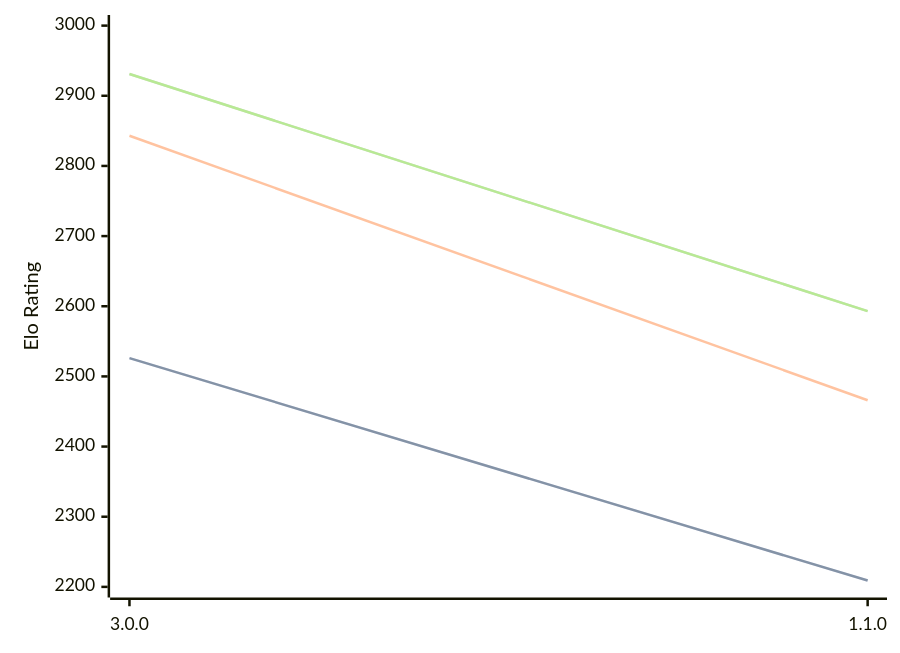
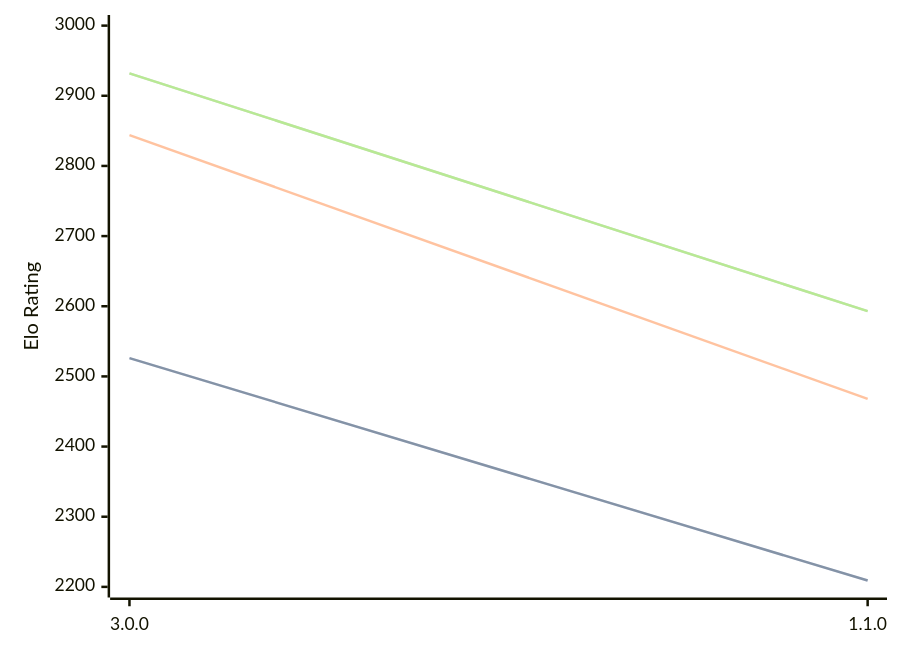
Before and after one commit to computer-chess-index/cci: the first of 3 diagrams in engines/Potential.md, drawn with Mermaid. The commit also changed other lines of this file, not shown here.

Commit message:
Update CCI Ratings (ELO VLTC) - 2026-07-17

````diff
--- a/engines/Potential.md
+++ b/engines/Potential.md
@@ -34,11 +34,11 @@
 ```mermaid
 %%{init: {"theme":"base","themeVariables":{"seriesColors:['#a3a3a3','#222221','#faa371']}}}%%
 xychart-beta
   x-axis ["3.0.0", "1.1.0"]
   y-axis "Elo Rating" 2200 --> 3000
   line "STC (8.0+0.08s)" [2526, 2209]
   line "STC (8.0+0.08s)" [2526, 2209]
-  line "LTC (60.0+0.60s)" [2843, 2466]
-  line "VLTC (2m24s+1.12s)" [2931, 2593]
-  line "VLTC (2m24s+1.12s)" [2931, 2593]
+  line "LTC (60.0+0.60s)" [2844, 2468]
+  line "VLTC (2m24s+1.12s)" [2932, 2593]
+  line "VLTC (2m24s+1.12s)" [2932, 2593]
 ```
````
